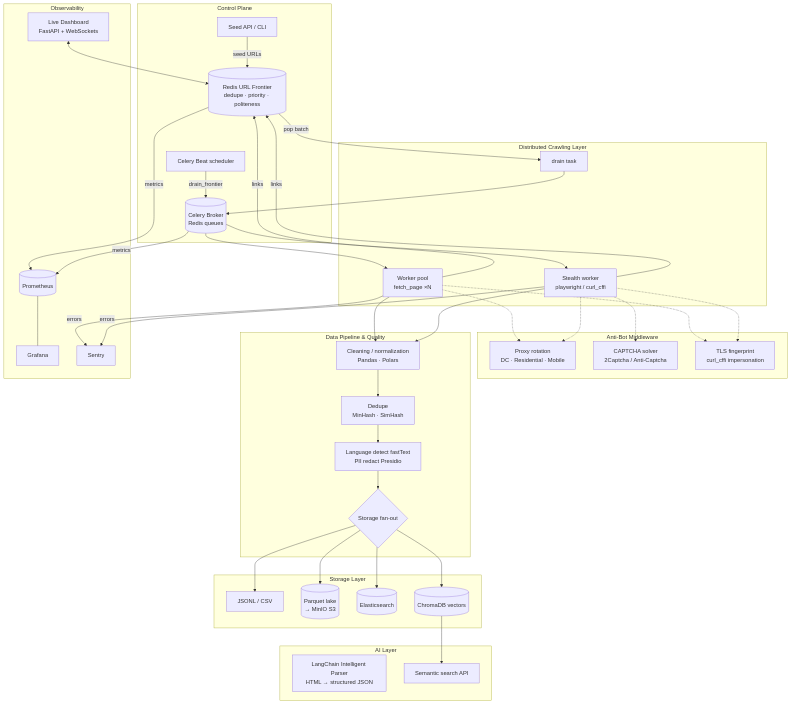
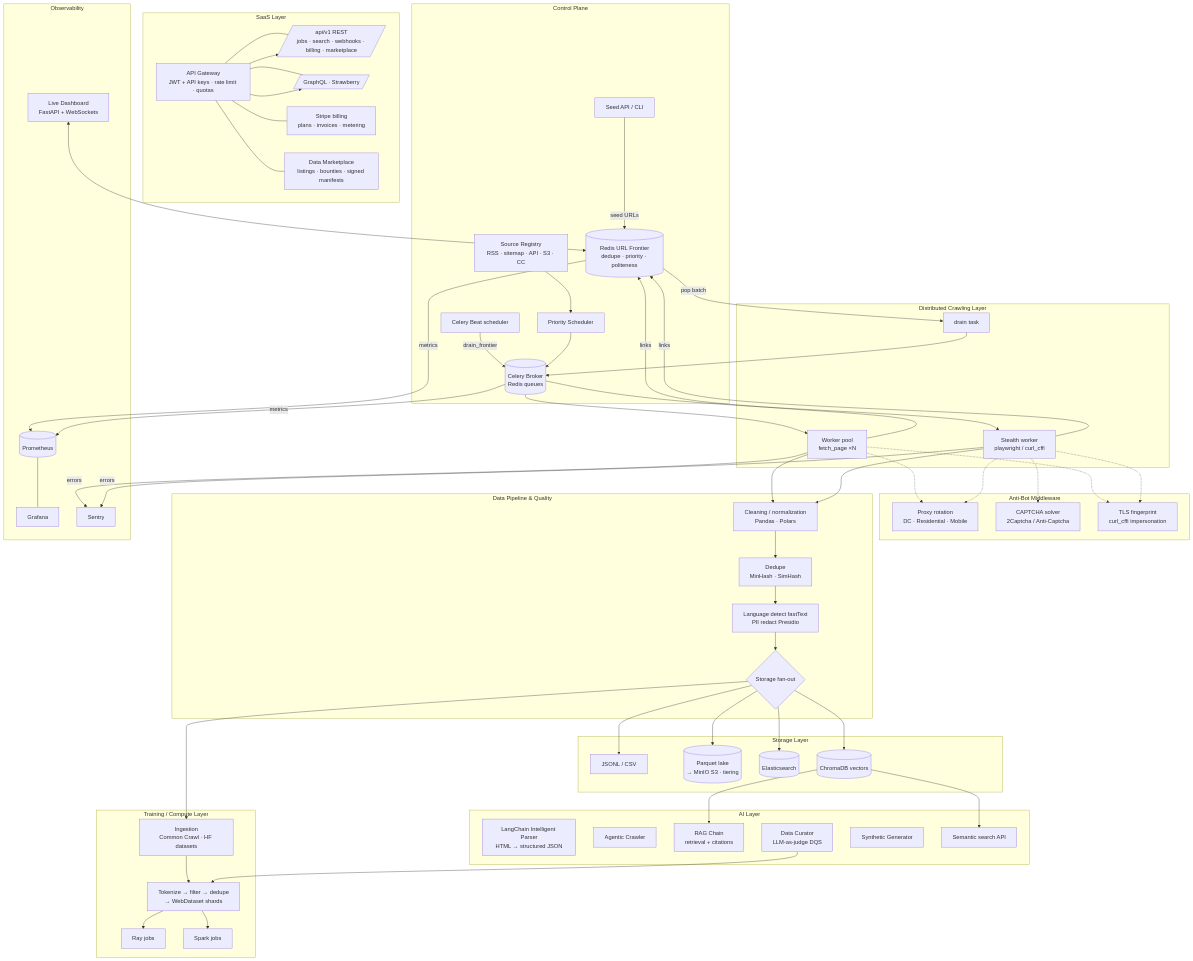
Before and after one commit to QuamLepus/web-crawler-pro: the diagram in README.md, drawn with Mermaid. The commit also changed other lines of this file and 9 other files, not shown here.

````diff
--- a/README.md
+++ b/README.md
@@ -33,54 +44,81 @@
 ```mermaid
 flowchart TB
+    subgraph SaaS["SaaS Layer"]
+        GW[API Gateway<br/>JWT + API keys · rate limit · quotas]
+        REST[/api/v1 REST<br/>jobs · search · webhooks · billing · marketplace/]
+        GQL[/GraphQL · Strawberry/]
+        BILL[Stripe billing<br/>plans · invoices · metering]
+        MKT[Data Marketplace<br/>listings · bounties · signed manifests]
+        GW --- REST & GQL
+        GW --- BILL & MKT
+    end
+
     subgraph Control["Control Plane"]
         SEED[Seed API / CLI] -->|seed URLs| FR
         BEAT[Celery Beat scheduler] -->|drain_frontier| BROKER
+        REG[Source Registry<br/>RSS · sitemap · API · S3 · CC] --> SCH[Priority Scheduler]
+        SCH --> BROKER
     end
 
     subgraph Dist["Distributed Crawling Layer"]
         FR[(Redis URL Frontier<br/>dedupe · priority · politeness)]
         BROKER[(Celery Broker<br/>Redis queues)]
         FR -->|pop batch| W0[drain task]
         W0 --> BROKER
         BROKER --> W1[Worker pool<br/>fetch_page ×N]
         BROKER --> W2[Stealth worker<br/>playwright / curl_cffi]
         W1 & W2 -->|links| FR
     end
 
     subgraph Anti["Anti-Bot Middleware"]
         PX[Proxy rotation<br/>DC · Residential · Mobile]
         CAP[CAPTCHA solver<br/>2Captcha / Anti-Captcha]
         TLS[TLS fingerprint<br/>curl_cffi impersonation]
     end
     W1 -.-> PX & TLS
     W2 -.-> PX & CAP & TLS
 
     subgraph Pipe["Data Pipeline & Quality"]
         W1 & W2 --> CLN[Cleaning / normalization<br/>Pandas · Polars]
         CLN --> DEDUP[Dedupe<br/>MinHash · SimHash]
         DEDUP --> LANG[Language detect fastText<br/>PII redact Presidio]
         LANG --> ST{Storage fan-out}
     end
 
     subgraph Store["Storage Layer"]
         ST --> JS[JSONL / CSV]
-        ST --> PQ[(Parquet lake<br/>→ MinIO S3)]
+        ST --> PQ[(Parquet lake<br/>→ MinIO S3 · tiering)]
         ST --> ES[(Elasticsearch)]
         ST --> VEC[(ChromaDB vectors)]
     end
 
     subgraph AI["AI Layer"]
         LLM[LangChain Intelligent Parser<br/>HTML → structured JSON]
+        AGT[Agentic Crawler]
+        RAG[RAG Chain<br/>retrieval + citations]
+        CUR[Data Curator<br/>LLM-as-judge DQS]
+        SYN[Synthetic Generator]
         SEM[Semantic search API]
-        VEC --> SEM
+        VEC --> SEM & RAG
     end
+
+    subgraph Train["Training / Compute Layer"]
+        INGSRC[Ingestion<br/>Common Crawl · HF datasets]
+        TP[Tokenize → filter → dedupe<br/>→ WebDataset shards]
+        RAY[Ray jobs] & SPARK[Spark jobs]
+        INGSRC --> TP
+        TP --> RAY & SPARK
+    end
+    ST --> INGSRC
+    CUR --> TP
 
     subgraph Obs["Observability"]
         PROM[(Prometheus)] --- GRAF[Grafana]
         SENTRY[Sentry]
         DASH[Live Dashboard<br/>FastAPI + WebSockets]
     end
     FR & BROKER -->|metrics| PROM
     W1 & W2 -->|errors| SENTRY
     DASH <--> FR
+    GW --> REST & GQL
 ```
````
